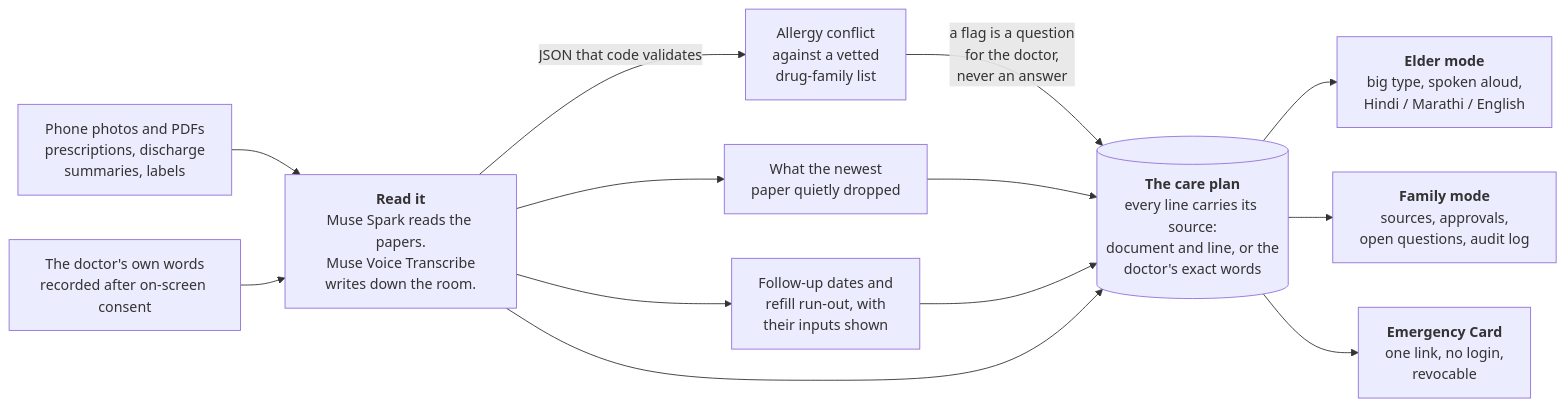
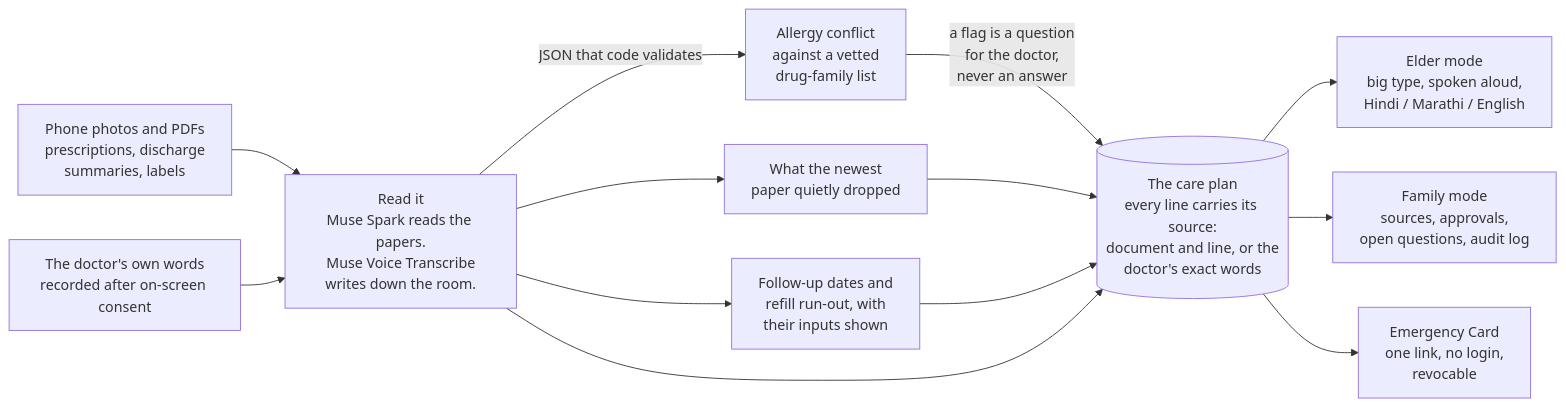
The first of 4 diagrams in README.md (Hetul16/caresaathi), drawn with Mermaid before and after one commit. The commit also changed other lines of this file, not shown here.

First line of the commit message:
The README's diagrams render on GitHub, and the Meta models get their own section

````diff
--- a/README.md
+++ b/README.md
@@ -40,30 +40,30 @@
 ```mermaid
 flowchart LR
-  docs["Phone photos and PDFs<br/>prescriptions, discharge<br/>summaries, labels"]
-  room["The doctor's own words<br/>recorded after on-screen consent"]
+  docs["Phone photos and PDFs<br>prescriptions, discharge<br>summaries, labels"]
+  room["The doctor's own words<br>recorded after on-screen consent"]
 
-  read["<b>Read it</b><br/>Muse Spark reads the papers.<br/>Muse Voice Transcribe<br/>writes down the room."]
+  read["Read it<br>Muse Spark reads the papers.<br>Muse Voice Transcribe<br>writes down the room."]
 
-  allergy["Allergy conflict<br/>against a vetted<br/>drug-family list"]
-  omit["What the newest<br/>paper quietly dropped"]
-  dates["Follow-up dates and<br/>refill run-out, with<br/>their inputs shown"]
+  allergy["Allergy conflict<br>against a vetted<br>drug-family list"]
+  omit["What the newest<br>paper quietly dropped"]
+  dates["Follow-up dates and<br>refill run-out, with<br>their inputs shown"]
 
-  plan[("<b>The care plan</b><br/>every line carries its source:<br/>document and line, or the<br/>doctor's exact words")]
+  plan[("The care plan<br>every line carries its source:<br>document and line, or the<br>doctor's exact words")]
 
-  elder["<b>Elder mode</b><br/>big type, spoken aloud,<br/>Hindi / Marathi / English"]
-  fam["<b>Family mode</b><br/>sources, approvals,<br/>open questions, audit log"]
-  card["<b>Emergency Card</b><br/>one link, no login,<br/>revocable"]
+  elder["Elder mode<br>big type, spoken aloud,<br>Hindi / Marathi / English"]
+  fam["Family mode<br>sources, approvals,<br>open questions, audit log"]
+  card["Emergency Card<br>one link, no login,<br>revocable"]
 
   docs --> read
   room --> read
   read -->|"JSON that code validates"| allergy
   read --> omit
   read --> dates
-  allergy -->|"a flag is a question<br/>for the doctor,<br/>never an answer"| plan
+  allergy -->|"a flag is a question<br>for the doctor,<br>never an answer"| plan
   omit --> plan
   dates --> plan
   read --> plan
   plan --> elder
   plan --> fam
   plan --> card
 ```
````
